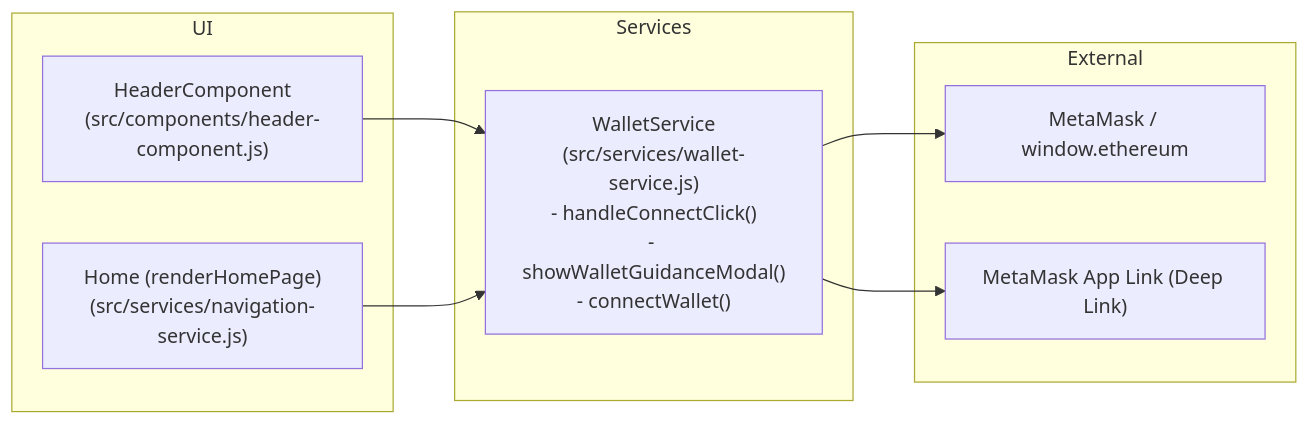
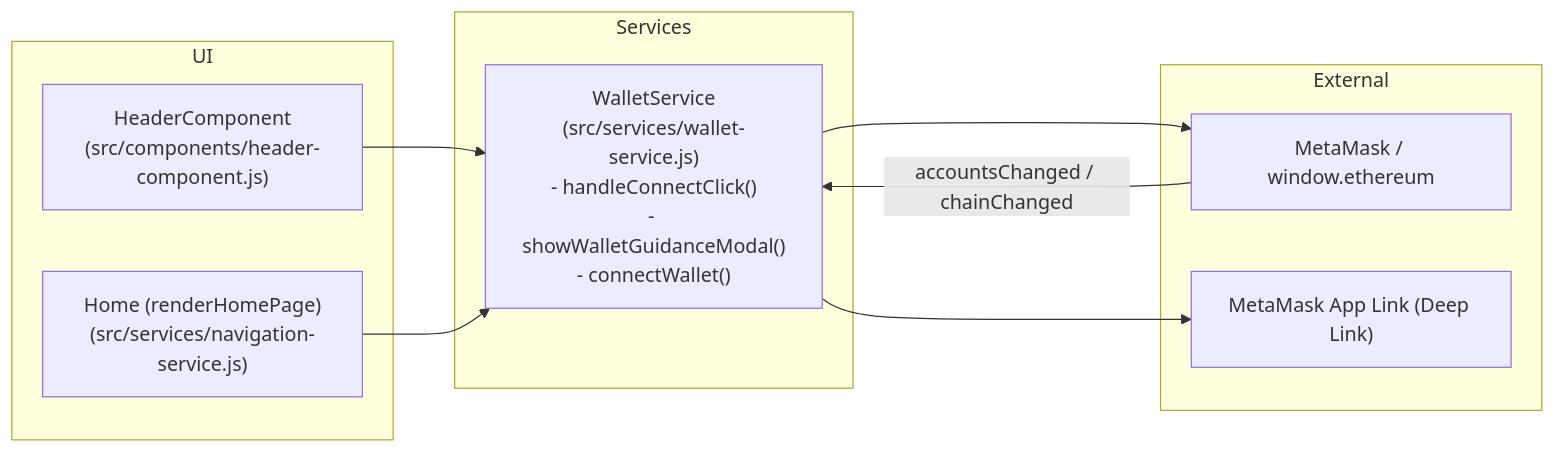
Before and after one commit to Dkubitz/Deal-FiV2: the diagram in .architecture/modules/frontend.mmd, drawn with Mermaid. The commit also changed 3 other files, not shown here.

```diff
--- a/.architecture/modules/frontend.mmd
+++ b/.architecture/modules/frontend.mmd
@@ -1,21 +1,23 @@
 flowchart LR
   %% Frontend module view (focused on onboarding/conexão)
 
   subgraph UI["UI"]
     HEADER["HeaderComponent\n(src/components/header-component.js)"]
     HOME["Home (renderHomePage)\n(src/services/navigation-service.js)"]
   end
 
   subgraph SVC["Services"]
     WALLET["WalletService\n(src/services/wallet-service.js)\n- handleConnectClick()\n- showWalletGuidanceModal()\n- connectWallet()"]
   end
 
   subgraph EXT["External"]
     MM["MetaMask / window.ethereum"]
     MMDL["MetaMask App Link (Deep Link)"]
   end
 
   HEADER --> WALLET
   HOME --> WALLET
   WALLET --> MM
   WALLET --> MMDL
+
+  MM -- accountsChanged / chainChanged --> WALLET
```
